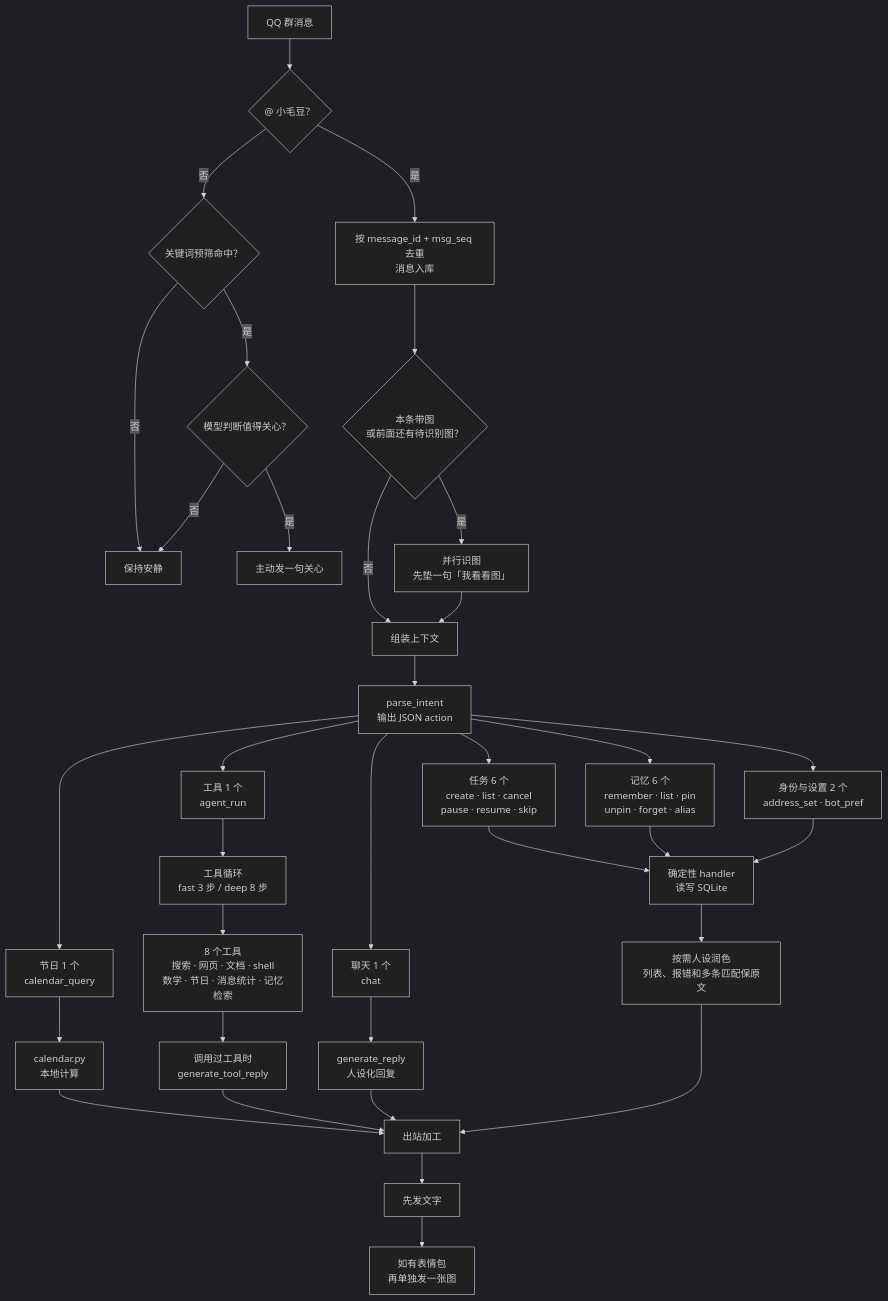
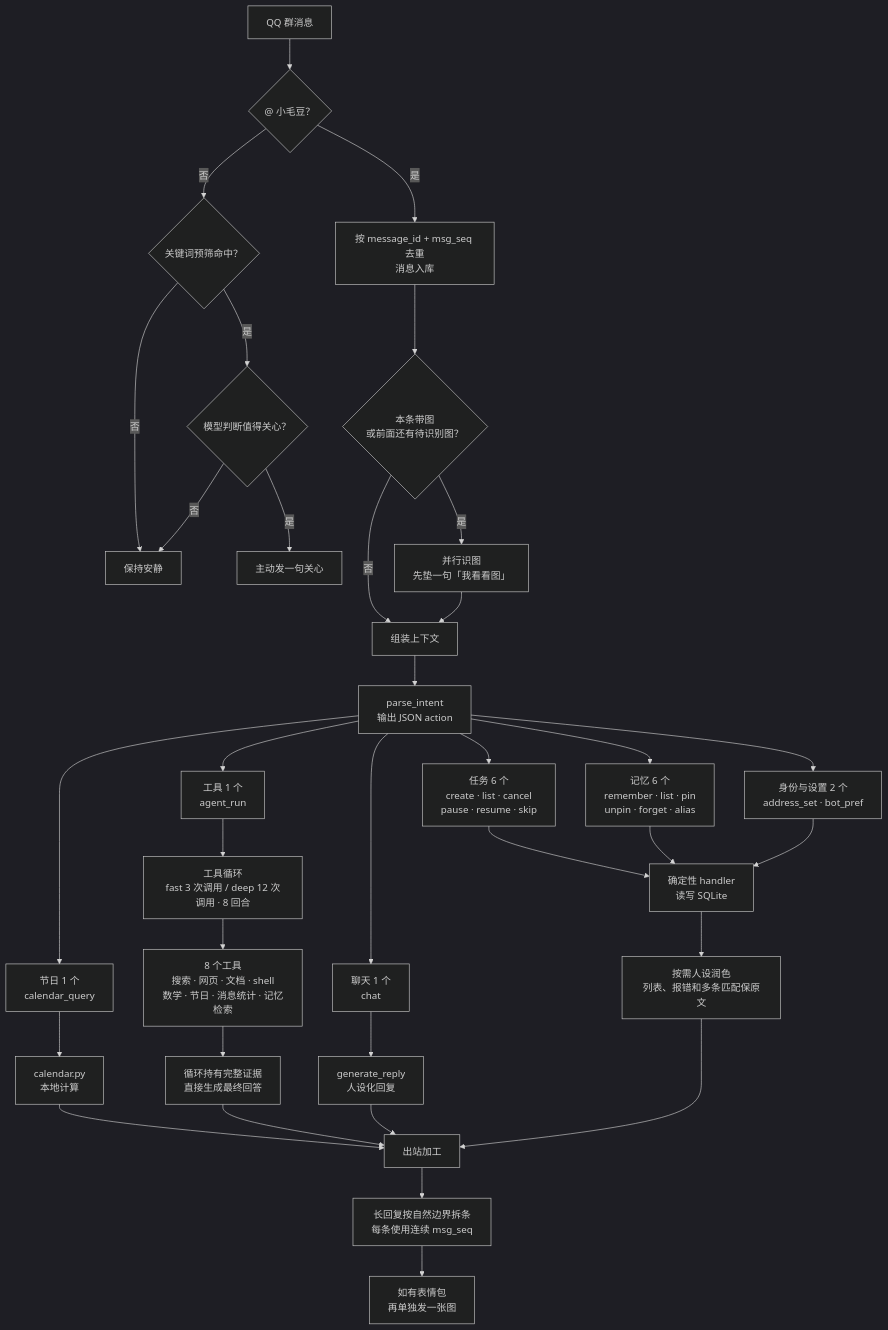
Before and after one commit to CLan-nad/qq-bot: the second of 2 diagrams in README.md, drawn with Mermaid (dark theme). The commit also changed other lines of this file and 12 other files, not shown here.

````diff
--- a/README.md
+++ b/README.md
@@ -78,44 +78,44 @@
 ```mermaid
 flowchart TD
     QQ["QQ 群消息"] --> AT{"@ 小毛豆？"}
 
     AT -->|否| KEY{"关键词预筛命中？"}
     KEY -->|否| QUIET["保持安静"]
     KEY -->|是| CARE{"模型判断值得关心？"}
     CARE -->|是| CARE_YES["主动发一句关心"]
     CARE -->|否| QUIET
 
     AT -->|是| SAVE["按 message_id + msg_seq 去重<br/>消息入库"]
     SAVE --> IMG{"本条带图<br/>或前面还有待识别图？"}
     IMG -->|是| VISION["并行识图<br/>先垫一句「我看看图」"]
     IMG -->|否| CTX["组装上下文"]
     VISION --> CTX
     CTX --> INTENT["parse_intent<br/>输出 JSON action"]
 
     INTENT --> TASK["任务 6 个<br/>create · list · cancel<br/>pause · resume · skip"]
     INTENT --> MEMORY["记忆 6 个<br/>remember · list · pin<br/>unpin · forget · alias"]
     INTENT --> PREF["身份与设置 2 个<br/>address_set · bot_pref"]
     INTENT --> CALENDAR["节日 1 个<br/>calendar_query"]
     INTENT --> AGENT["工具 1 个<br/>agent_run"]
     INTENT --> CHAT["聊天 1 个<br/>chat"]
 
     TASK --> LOCAL["确定性 handler<br/>读写 SQLite"]
     MEMORY --> LOCAL
     PREF --> LOCAL
     CALENDAR --> CALC["calendar.py<br/>本地计算"]
 
-    AGENT --> LOOP["工具循环<br/>fast 3 步 / deep 8 步"]
+    AGENT --> LOOP["工具循环<br/>fast 3 次调用 / deep 12 次调用 · 8 回合"]
     LOOP --> TOOLS["8 个工具<br/>搜索 · 网页 · 文档 · shell<br/>数学 · 节日 · 消息统计 · 记忆检索"]
-    TOOLS --> TOOL_REPLY["调用过工具时<br/>generate_tool_reply"]
+    TOOLS --> TOOL_REPLY["循环持有完整证据<br/>直接生成最终回答"]
 
     CHAT --> REPLY["generate_reply<br/>人设化回复"]
 
     LOCAL --> POLISH["按需人设润色<br/>列表、报错和多条匹配保原文"]
     CALC --> FINAL["出站加工"]
     TOOL_REPLY --> FINAL
     REPLY --> FINAL
     POLISH --> FINAL
 
-    FINAL --> TEXT["先发文字"]
+    FINAL --> TEXT["长回复按自然边界拆条<br/>每条使用连续 msg_seq"]
     TEXT --> STICKER["如有表情包<br/>再单独发一张图"]
 ```
````
